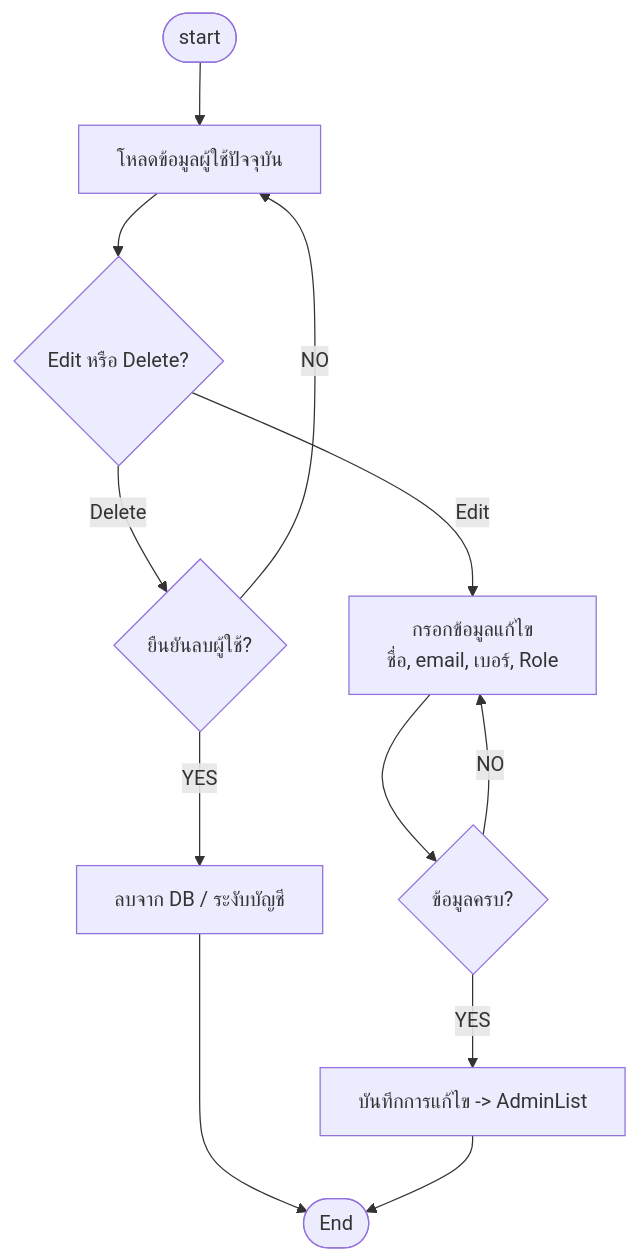
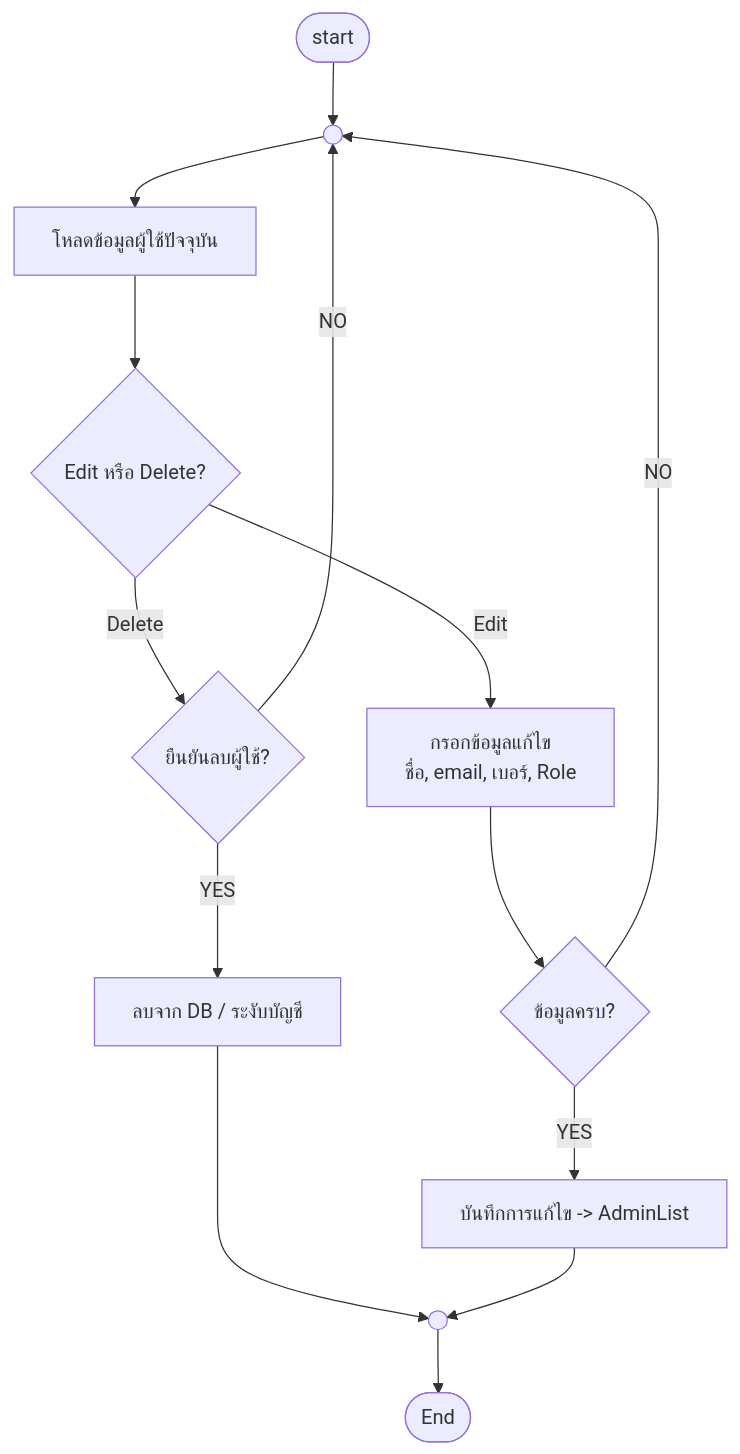
Before and after one commit to doraemon-kub/CSI402_Project-final: diagram 14 of 18 in README.md, drawn with Mermaid. The commit also changed other lines of this file, not shown here.

Commit message:
docs: add ANSI standard on-page connector symbols (( )) to loop-back and junction flowcharts

````diff
--- a/README.md
+++ b/README.md
@@ -332,17 +349,19 @@
 ```mermaid
 flowchart TD
-    Start([start]) --> LoadUserCurrent[โหลดข้อมูลผู้ใช้ปัจจุบัน]
+    Start([start]) --> ConnUser(( ))
+    ConnUser --> LoadUserCurrent[โหลดข้อมูลผู้ใช้ปัจจุบัน]
     LoadUserCurrent --> ActionType{Edit หรือ Delete?}
     
     ActionType -- Delete --> ConfirmDelete{ยืนยันลบผู้ใช้?}
     ConfirmDelete -- YES --> DeleteUserDB[ลบจาก DB / ระงับบัญชี]
-    ConfirmDelete -- NO --> LoadUserCurrent
+    ConfirmDelete -- NO --> ConnUser
     
     ActionType -- Edit --> InputEditUser[กรอกข้อมูลแก้ไข\nชื่อ, email, เบอร์, Role]
     InputEditUser --> CheckUserEdit{ข้อมูลครบ?}
-    CheckUserEdit -- NO --> InputEditUser
+    CheckUserEdit -- NO --> ConnUser
     CheckUserEdit -- YES --> SaveUserEdit[บันทึกการแก้ไข -> AdminList]
     
-    DeleteUserDB --> End([End])
-    SaveUserEdit --> End
+    DeleteUserDB --> ConnEnd(( ))
+    SaveUserEdit --> ConnEnd
+    ConnEnd --> End([End])
 ```
````
